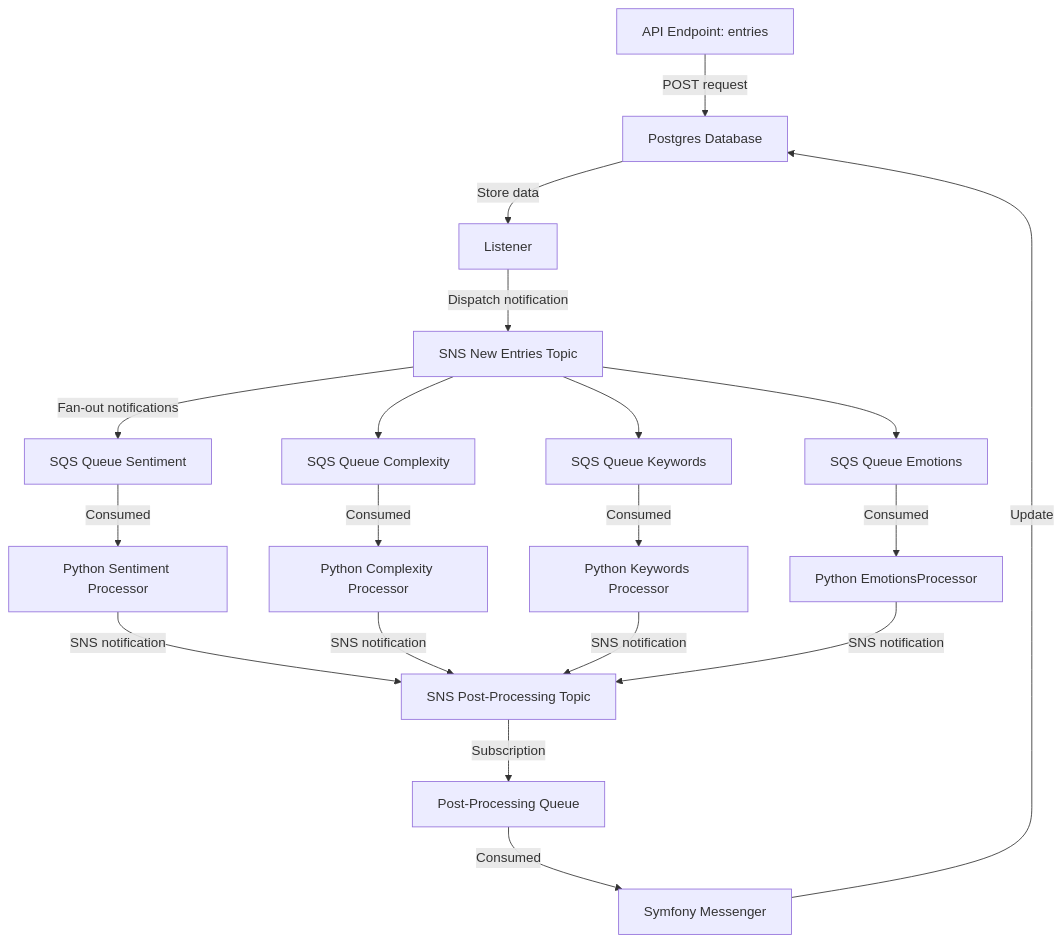
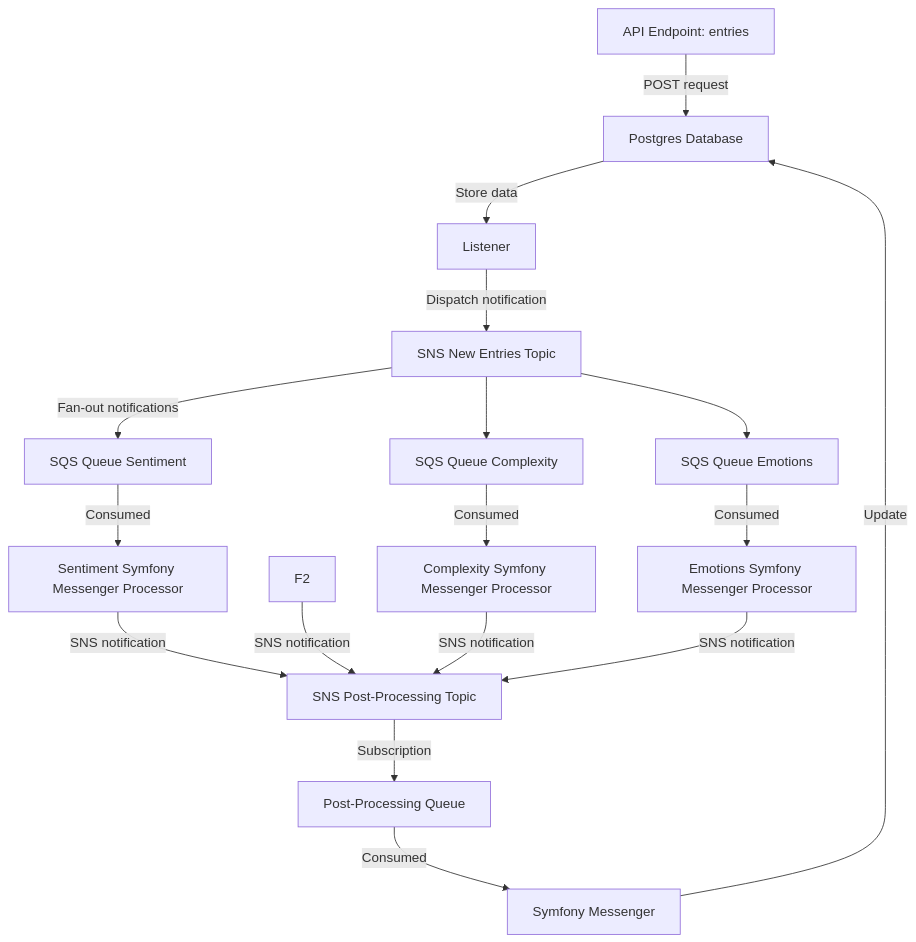
One commit to moooood-app/moooood changed the first of 2 diagrams in README.md. Above: the diagram before and after it, drawn with Mermaid. The commit also changed 9 other files, not shown here.

Commit message:
Migrate emotions processor

````diff
--- a/README.md
+++ b/README.md
@@ -11,21 +11,19 @@
 ```mermaid
 graph TD
     A[API Endpoint: entries] -->|POST request| B[Postgres Database]
     B -->|Store data| C[Listener]
     C -->|Dispatch notification| D[SNS New Entries Topic]
     D -->|Fan-out notifications| E1[SQS Queue Sentiment]
     D --> E2[SQS Queue Complexity]
-    D --> E3[SQS Queue Keywords]
-    D --> E4[SQS Queue Emotions]
-    E1 -->|Consumed| F1[Python Sentiment Processor]
-    E2 -->|Consumed| F2[Python Complexity Processor]
-    E3 -->|Consumed| F3[Python Keywords Processor]
-    E4 -->|Consumed| F4[Python EmotionsProcessor]
+    D --> E3[SQS Queue Emotions]
+    E1 -->|Consumed| F1[Sentiment Symfony Messenger Processor]
+    E2 -->|Consumed| F3[Complexity Symfony Messenger Processor]
+    E3 -->|Consumed| F4[Emotions Symfony Messenger Processor]
     F1 -->|SNS notification| G[SNS Post-Processing Topic]
     F2 -->|SNS notification| G
     F3 -->|SNS notification| G
     F4 -->|SNS notification| G
     G -->|Subscription| H[Post-Processing Queue]
     H -->|Consumed| I[Symfony Messenger]
     I -->|Update| B
 ```
````
